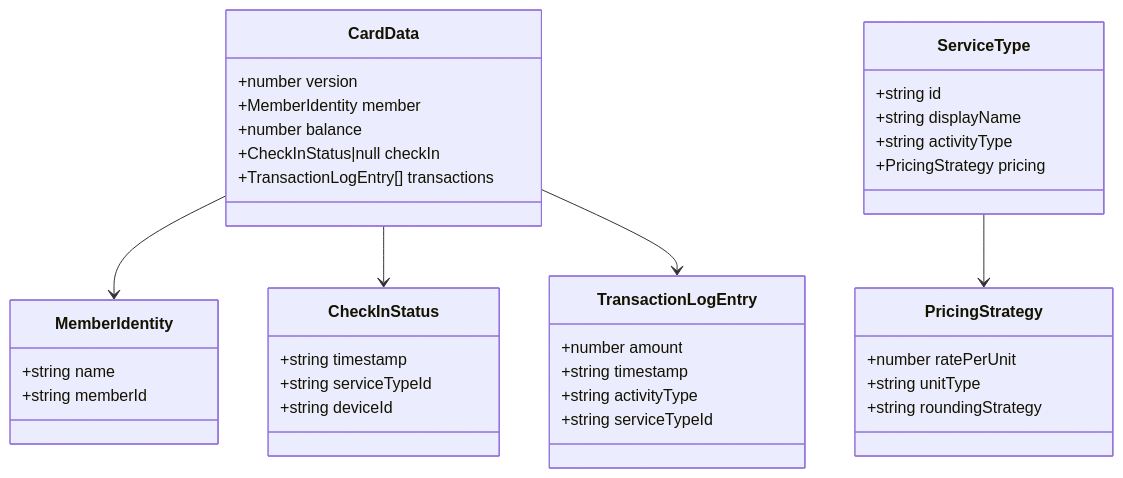
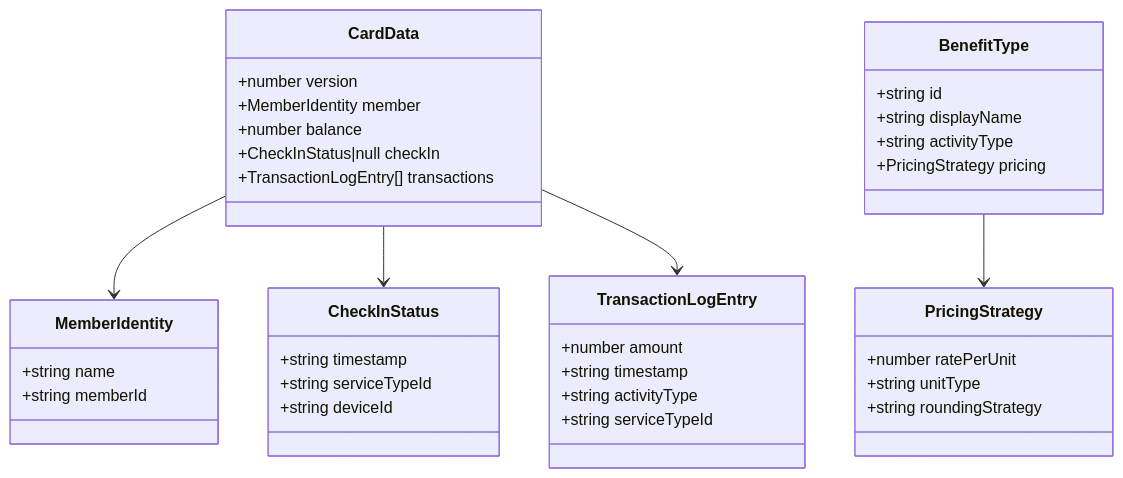
One commit to widdestoyud/assesment-s1-2026 changed the diagram in docs/wiki/membership-benefit-card/09-Phase-Reports/Phase-1-Report.md. Above: the diagram before and after it, drawn with Mermaid. The commit also changed other lines of this file and 31 other files, not shown here.

First line of the commit message:
docs(mbc): Update all documentation for ServiceType to BenefitType rename

````diff
--- a/docs/wiki/membership-benefit-card/09-Phase-Reports/Phase-1-Report.md
+++ b/docs/wiki/membership-benefit-card/09-Phase-Reports/Phase-1-Report.md
@@ -48,41 +48,41 @@
 ```mermaid
 classDiagram
     class CardData {
         +number version
         +MemberIdentity member
         +number balance
         +CheckInStatus|null checkIn
         +TransactionLogEntry[] transactions
     }
     class MemberIdentity {
         +string name
         +string memberId
     }
     class CheckInStatus {
         +string timestamp
         +string serviceTypeId
         +string deviceId
     }
     class TransactionLogEntry {
         +number amount
         +string timestamp
         +string activityType
         +string serviceTypeId
     }
-    class ServiceType {
+    class BenefitType {
         +string id
         +string displayName
         +string activityType
         +PricingStrategy pricing
     }
     class PricingStrategy {
         +number ratePerUnit
         +string unitType
         +string roundingStrategy
     }
 
     CardData --> MemberIdentity
     CardData --> CheckInStatus
     CardData --> TransactionLogEntry
-    ServiceType --> PricingStrategy
+    BenefitType --> PricingStrategy
 ```
````
